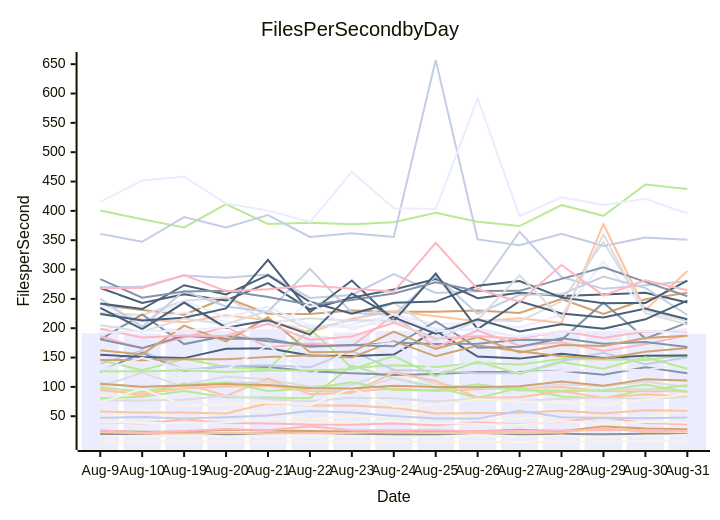
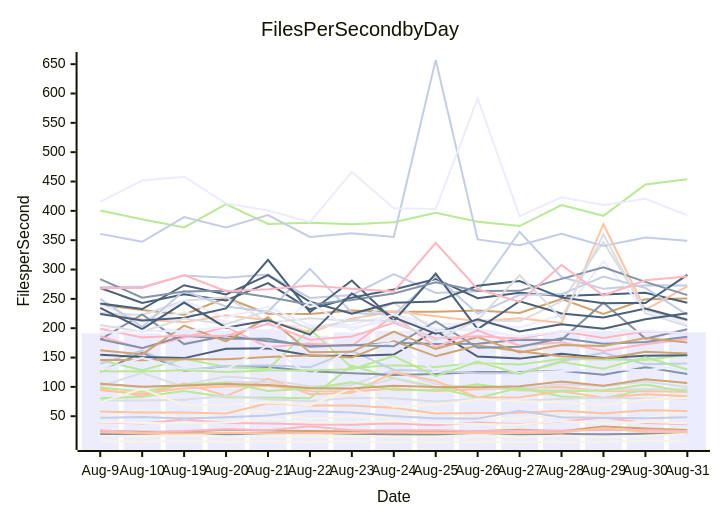
One commit to streetsidesoftware/cspell changed the diagram in perf-report.md. Above: the diagram before and after it, drawn with Mermaid. The commit also changed other lines of this file and 2 other files, not shown here.

````diff
--- a/perf-report.md
+++ b/perf-report.md
@@ -11,57 +11,57 @@
 ```mermaid
 xychart-beta
     title Files Per Second by Day
     y-axis Files per Second
     x-axis Date [Aug-9, Aug-10, Aug-19, Aug-20, Aug-21, Aug-22, Aug-23, Aug-24, Aug-25, Aug-26, Aug-27, Aug-28, Aug-29, Aug-30, Aug-31]
-    bar [191.27, 191.48, 199.45, 195.67, 198.22, 187.40, 192.61, 195.61, 200.69, 190.24, 185.15, 191.23, 195.37, 191.39, 190.69]
-    line [19.76, 19.87, 23.15, 18.80, 21.30, 21.70, 20.11, 19.24, 18.97, 21.74, 19.44, 19.50, 19.20, 19.98, 19.30]
-    line [94.45, 88.13, 97.66, 100.71, 101.93, 92.80, 92.11, 97.07, 92.83, 96.14, 97.78, 99.79, 92.99, 92.61, 92.48]
-    line [106.66, 99.38, 103.80, 117.71, 112.47, 100.50, 103.30, 128.71, 104.89, 98.28, 96.78, 104.60, 101.13, 109.23, 99.68]
-    line [80.61, 83.15, 92.81, 82.44, 81.86, 80.75, 136.22, 114.72, 99.92, 81.00, 98.60, 83.62, 80.81, 95.31, 102.62]
-    line [239.79, 231.09, 223.10, 252.00, 224.60, 224.17, 230.06, 227.93, 228.22, 229.99, 225.97, 249.68, 224.12, 249.45, 260.62]
-    line [269.81, 270.47, 289.77, 286.14, 291.59, 251.52, 256.69, 292.19, 260.02, 262.94, 364.38, 287.21, 267.07, 273.26, 279.93]
-    line [39.52, 37.52, 44.46, 38.46, 37.42, 35.96, 35.65, 37.61, 34.82, 39.47, 36.12, 40.86, 48.01, 38.35, 36.42]
-    line [268.54, 243.09, 257.77, 247.18, 276.72, 232.23, 252.08, 266.01, 283.94, 251.01, 260.27, 254.92, 257.60, 260.42, 243.78]
-    line [6.78, 6.60, 7.51, 6.38, 6.72, 6.55, 6.77, 6.55, 6.58, 6.64, 6.06, 6.53, 6.57, 8.03, 6.68]
-    line [240.17, 211.99, 227.00, 211.38, 205.51, 203.10, 206.43, 223.33, 206.89, 208.72, 201.20, 222.72, 313.85, 230.65, 205.76]
-    line [125.68, 158.27, 127.25, 135.61, 133.76, 126.70, 123.28, 120.42, 121.90, 125.42, 125.26, 127.33, 120.64, 133.49, 123.29]
-    line [225.24, 214.74, 210.02, 221.88, 213.58, 192.56, 216.27, 228.68, 220.47, 211.98, 216.89, 208.83, 377.28, 231.14, 297.57]
-    line [225.91, 222.58, 246.74, 252.74, 209.47, 217.12, 212.13, 242.98, 195.81, 213.43, 211.78, 245.83, 346.89, 231.16, 211.70]
-    line [145.75, 128.32, 148.05, 133.76, 130.09, 198.58, 132.66, 136.89, 133.84, 140.74, 138.14, 147.54, 146.55, 146.02, 154.50]
-    line [24.65, 23.72, 23.68, 26.94, 25.51, 24.79, 23.76, 23.53, 22.75, 24.32, 26.78, 24.44, 32.43, 29.19, 27.73]
-    line [139.45, 161.93, 128.87, 135.71, 136.66, 133.36, 161.38, 128.87, 127.62, 123.35, 123.11, 143.71, 157.94, 138.50, 150.52]
-    line [25.95, 22.03, 24.86, 28.29, 26.21, 32.71, 26.20, 26.09, 26.00, 24.43, 25.37, 25.72, 26.51, 26.59, 24.69]
-    line [154.75, 150.93, 149.02, 164.86, 165.64, 153.35, 152.64, 155.02, 195.52, 151.70, 148.17, 156.31, 149.39, 153.11, 153.54]
-    line [15.80, 15.53, 17.25, 15.28, 15.49, 14.84, 15.46, 14.39, 15.01, 15.63, 14.69, 17.08, 14.10, 16.71, 17.78]
-    line [196.97, 211.99, 246.59, 218.10, 236.31, 204.94, 201.38, 212.81, 200.01, 195.34, 186.50, 194.59, 201.00, 192.78, 198.11]
-    line [180.75, 223.35, 172.94, 187.16, 177.68, 172.01, 170.49, 175.09, 173.22, 173.59, 180.48, 179.74, 243.56, 182.28, 209.58]
-    line [96.93, 84.41, 106.12, 84.61, 114.12, 87.31, 89.99, 124.55, 110.24, 81.92, 82.24, 92.49, 81.67, 87.59, 83.40]
-    line [77.16, 76.75, 77.91, 84.91, 78.76, 75.34, 81.46, 80.77, 74.97, 79.78, 75.90, 79.64, 81.40, 79.85, 82.65]
-    line [400.74, 385.62, 371.65, 411.46, 377.61, 379.88, 377.18, 380.64, 396.91, 381.52, 374.08, 409.79, 391.59, 445.01, 437.08]
-    line [145.79, 145.58, 147.10, 147.08, 151.07, 153.94, 150.27, 178.09, 152.08, 170.66, 160.71, 152.01, 148.28, 159.68, 166.44]
-    line [249.96, 202.34, 263.67, 236.99, 228.06, 301.20, 226.40, 222.40, 289.06, 224.56, 256.87, 257.70, 287.97, 268.68, 222.56]
-    line [186.27, 165.43, 184.07, 202.12, 167.51, 173.85, 169.85, 221.75, 167.75, 195.90, 170.00, 175.89, 161.05, 172.78, 188.02]
-    line [224.37, 213.27, 217.89, 233.79, 316.48, 227.32, 281.23, 212.31, 293.11, 198.49, 245.94, 225.24, 218.17, 233.60, 215.38]
-    line [47.00, 61.84, 45.89, 57.63, 58.67, 44.77, 49.92, 49.06, 57.90, 45.60, 46.71, 50.51, 48.37, 46.85, 64.58]
-    line [127.47, 149.55, 129.16, 129.10, 170.99, 119.13, 167.47, 175.06, 125.57, 143.51, 123.67, 127.21, 130.16, 128.18, 140.24]
-    line [181.18, 166.12, 186.93, 181.85, 181.88, 168.34, 171.35, 169.12, 211.70, 166.64, 168.34, 182.86, 173.63, 176.66, 168.09]
-    line [57.90, 56.15, 56.35, 54.76, 71.89, 68.47, 68.09, 64.39, 54.76, 55.64, 55.71, 59.28, 54.85, 60.20, 59.37]
-    line [101.07, 123.80, 99.87, 108.06, 107.98, 95.34, 94.96, 114.12, 97.84, 103.09, 93.25, 94.27, 95.28, 96.54, 92.80]
-    line [98.84, 91.76, 103.43, 107.49, 93.08, 97.11, 107.90, 94.53, 94.47, 104.38, 94.67, 92.38, 93.95, 104.17, 91.31]
-    line [162.48, 155.40, 204.32, 177.59, 218.64, 159.00, 159.79, 194.26, 164.45, 184.75, 158.60, 171.47, 169.60, 183.25, 187.19]
-    line [360.76, 347.31, 389.41, 371.89, 392.82, 355.53, 361.83, 355.43, 657.12, 351.25, 341.51, 360.76, 340.11, 354.77, 350.86]
-    line [198.91, 184.05, 187.41, 186.67, 207.48, 180.49, 185.92, 209.38, 182.67, 186.49, 182.43, 194.97, 183.27, 194.85, 192.89]
-    line [242.10, 232.62, 273.32, 257.69, 290.62, 245.10, 224.83, 243.49, 245.36, 272.30, 280.33, 252.18, 242.64, 242.97, 280.93]
-    line [73.60, 96.61, 68.89, 69.48, 73.38, 68.77, 97.84, 66.15, 69.59, 78.77, 75.57, 73.80, 69.15, 78.35, 87.85]
-    line [415.14, 451.69, 458.22, 412.53, 400.53, 380.98, 466.37, 404.40, 403.18, 591.49, 390.96, 423.25, 409.89, 420.57, 395.56]
-    line [283.77, 252.09, 262.36, 263.68, 253.37, 240.18, 248.22, 259.20, 278.18, 263.50, 263.68, 284.05, 303.63, 278.91, 254.52]
-    line [22.84, 20.59, 20.47, 21.22, 20.90, 21.42, 21.40, 22.88, 21.36, 21.22, 21.19, 22.04, 29.75, 23.02, 24.12]
-    line [205.56, 193.98, 216.67, 206.61, 230.20, 198.53, 213.69, 212.64, 179.07, 214.07, 290.22, 216.81, 359.94, 225.73, 206.08]
-    line [126.64, 126.17, 128.45, 125.27, 127.94, 127.77, 130.20, 152.67, 118.34, 143.02, 122.15, 142.33, 130.77, 150.54, 131.00]
-    line [105.46, 100.11, 102.43, 104.89, 103.21, 98.21, 97.36, 101.78, 100.00, 99.58, 101.28, 109.08, 102.06, 113.06, 111.01]
-    line [47.26, 48.66, 46.00, 48.26, 51.42, 58.83, 56.30, 50.38, 45.97, 45.91, 59.43, 48.16, 47.53, 46.75, 47.69]
-    line [268.09, 268.70, 290.78, 262.94, 266.60, 272.93, 267.45, 262.37, 345.57, 266.69, 244.68, 307.76, 255.74, 281.64, 264.71]
-    line [234.76, 198.61, 243.75, 200.90, 213.71, 188.91, 259.37, 218.53, 190.79, 215.33, 194.36, 206.72, 199.24, 215.14, 247.13]
-    line [39.98, 38.63, 38.64, 39.11, 45.24, 39.50, 39.66, 42.07, 38.23, 36.94, 35.58, 41.81, 37.53, 40.57, 38.80]
-    line [192.03, 195.48, 194.87, 202.54, 193.62, 244.63, 196.70, 223.56, 194.58, 199.46, 185.25, 194.89, 191.72, 195.81, 191.05]
+    bar [191.27, 191.48, 199.45, 195.67, 198.22, 187.40, 192.61, 195.61, 200.69, 190.24, 185.15, 191.23, 195.37, 191.39, 193.00]
+    line [19.76, 19.87, 23.15, 18.80, 21.30, 21.70, 20.11, 19.24, 18.97, 21.74, 19.44, 19.50, 19.20, 19.98, 20.35]
+    line [94.45, 88.13, 97.66, 100.71, 101.93, 92.80, 92.11, 97.07, 92.83, 96.14, 97.78, 99.79, 92.99, 92.61, 91.86]
+    line [106.66, 99.38, 103.80, 117.71, 112.47, 100.50, 103.30, 128.71, 104.89, 98.28, 96.78, 104.60, 101.13, 109.23, 99.73]
+    line [80.61, 83.15, 92.81, 82.44, 81.86, 80.75, 136.22, 114.72, 99.92, 81.00, 98.60, 83.62, 80.81, 95.31, 95.53]
+    line [239.79, 231.09, 223.10, 252.00, 224.60, 224.17, 230.06, 227.93, 228.22, 229.99, 225.97, 249.68, 224.12, 249.45, 250.62]
+    line [269.81, 270.47, 289.77, 286.14, 291.59, 251.52, 256.69, 292.19, 260.02, 262.94, 364.38, 287.21, 267.07, 273.26, 272.63]
+    line [39.52, 37.52, 44.46, 38.46, 37.42, 35.96, 35.65, 37.61, 34.82, 39.47, 36.12, 40.86, 48.01, 38.35, 36.34]
+    line [268.54, 243.09, 257.77, 247.18, 276.72, 232.23, 252.08, 266.01, 283.94, 251.01, 260.27, 254.92, 257.60, 260.42, 243.47]
+    line [6.78, 6.60, 7.51, 6.38, 6.72, 6.55, 6.77, 6.55, 6.58, 6.64, 6.06, 6.53, 6.57, 8.03, 6.52]
+    line [240.17, 211.99, 227.00, 211.38, 205.51, 203.10, 206.43, 223.33, 206.89, 208.72, 201.20, 222.72, 313.85, 230.65, 207.01]
+    line [125.68, 158.27, 127.25, 135.61, 133.76, 126.70, 123.28, 120.42, 121.90, 125.42, 125.26, 127.33, 120.64, 133.49, 122.01]
+    line [225.24, 214.74, 210.02, 221.88, 213.58, 192.56, 216.27, 228.68, 220.47, 211.98, 216.89, 208.83, 377.28, 231.14, 271.29]
+    line [225.91, 222.58, 246.74, 252.74, 209.47, 217.12, 212.13, 242.98, 195.81, 213.43, 211.78, 245.83, 346.89, 231.16, 212.83]
+    line [145.75, 128.32, 148.05, 133.76, 130.09, 198.58, 132.66, 136.89, 133.84, 140.74, 138.14, 147.54, 146.55, 146.02, 154.94]
+    line [24.65, 23.72, 23.68, 26.94, 25.51, 24.79, 23.76, 23.53, 22.75, 24.32, 26.78, 24.44, 32.43, 29.19, 26.35]
+    line [139.45, 161.93, 128.87, 135.71, 136.66, 133.36, 161.38, 128.87, 127.62, 123.35, 123.11, 143.71, 157.94, 138.50, 140.06]
+    line [25.95, 22.03, 24.86, 28.29, 26.21, 32.71, 26.20, 26.09, 26.00, 24.43, 25.37, 25.72, 26.51, 26.59, 24.79]
+    line [154.75, 150.93, 149.02, 164.86, 165.64, 153.35, 152.64, 155.02, 195.52, 151.70, 148.17, 156.31, 149.39, 153.11, 153.94]
+    line [15.80, 15.53, 17.25, 15.28, 15.49, 14.84, 15.46, 14.39, 15.01, 15.63, 14.69, 17.08, 14.10, 16.71, 20.24]
+    line [196.97, 211.99, 246.59, 218.10, 236.31, 204.94, 201.38, 212.81, 200.01, 195.34, 186.50, 194.59, 201.00, 192.78, 193.23]
+    line [180.75, 223.35, 172.94, 187.16, 177.68, 172.01, 170.49, 175.09, 173.22, 173.59, 180.48, 179.74, 243.56, 182.28, 198.12]
+    line [96.93, 84.41, 106.12, 84.61, 114.12, 87.31, 89.99, 124.55, 110.24, 81.92, 82.24, 92.49, 81.67, 87.59, 83.98]
+    line [77.16, 76.75, 77.91, 84.91, 78.76, 75.34, 81.46, 80.77, 74.97, 79.78, 75.90, 79.64, 81.40, 79.85, 79.89]
+    line [400.74, 385.62, 371.65, 411.46, 377.61, 379.88, 377.18, 380.64, 396.91, 381.52, 374.08, 409.79, 391.59, 445.01, 453.72]
+    line [145.79, 145.58, 147.10, 147.08, 151.07, 153.94, 150.27, 178.09, 152.08, 170.66, 160.71, 152.01, 148.28, 159.68, 156.83]
+    line [249.96, 202.34, 263.67, 236.99, 228.06, 301.20, 226.40, 222.40, 289.06, 224.56, 256.87, 257.70, 287.97, 268.68, 222.58]
+    line [186.27, 165.43, 184.07, 202.12, 167.51, 173.85, 169.85, 221.75, 167.75, 195.90, 170.00, 175.89, 161.05, 172.78, 181.80]
+    line [224.37, 213.27, 217.89, 233.79, 316.48, 227.32, 281.23, 212.31, 293.11, 198.49, 245.94, 225.24, 218.17, 233.60, 214.50]
+    line [47.00, 61.84, 45.89, 57.63, 58.67, 44.77, 49.92, 49.06, 57.90, 45.60, 46.71, 50.51, 48.37, 46.85, 59.90]
+    line [127.47, 149.55, 129.16, 129.10, 170.99, 119.13, 167.47, 175.06, 125.57, 143.51, 123.67, 127.21, 130.16, 128.18, 136.84]
+    line [181.18, 166.12, 186.93, 181.85, 181.88, 168.34, 171.35, 169.12, 211.70, 166.64, 168.34, 182.86, 173.63, 176.66, 185.43]
+    line [57.90, 56.15, 56.35, 54.76, 71.89, 68.47, 68.09, 64.39, 54.76, 55.64, 55.71, 59.28, 54.85, 60.20, 59.04]
+    line [101.07, 123.80, 99.87, 108.06, 107.98, 95.34, 94.96, 114.12, 97.84, 103.09, 93.25, 94.27, 95.28, 96.54, 94.13]
+    line [98.84, 91.76, 103.43, 107.49, 93.08, 97.11, 107.90, 94.53, 94.47, 104.38, 94.67, 92.38, 93.95, 104.17, 91.62]
+    line [162.48, 155.40, 204.32, 177.59, 218.64, 159.00, 159.79, 194.26, 164.45, 184.75, 158.60, 171.47, 169.60, 183.25, 175.44]
+    line [360.76, 347.31, 389.41, 371.89, 392.82, 355.53, 361.83, 355.43, 657.12, 351.25, 341.51, 360.76, 340.11, 354.77, 349.07]
+    line [198.91, 184.05, 187.41, 186.67, 207.48, 180.49, 185.92, 209.38, 182.67, 186.49, 182.43, 194.97, 183.27, 194.85, 191.03]
+    line [242.10, 232.62, 273.32, 257.69, 290.62, 245.10, 224.83, 243.49, 245.36, 272.30, 280.33, 252.18, 242.64, 242.97, 290.78]
+    line [73.60, 96.61, 68.89, 69.48, 73.38, 68.77, 97.84, 66.15, 69.59, 78.77, 75.57, 73.80, 69.15, 78.35, 81.24]
+    line [415.14, 451.69, 458.22, 412.53, 400.53, 380.98, 466.37, 404.40, 403.18, 591.49, 390.96, 423.25, 409.89, 420.57, 392.45]
+    line [283.77, 252.09, 262.36, 263.68, 253.37, 240.18, 248.22, 259.20, 278.18, 263.50, 263.68, 284.05, 303.63, 278.91, 256.34]
+    line [22.84, 20.59, 20.47, 21.22, 20.90, 21.42, 21.40, 22.88, 21.36, 21.22, 21.19, 22.04, 29.75, 23.02, 22.87]
+    line [205.56, 193.98, 216.67, 206.61, 230.20, 198.53, 213.69, 212.64, 179.07, 214.07, 290.22, 216.81, 359.94, 225.73, 203.55]
+    line [126.64, 126.17, 128.45, 125.27, 127.94, 127.77, 130.20, 152.67, 118.34, 143.02, 122.15, 142.33, 130.77, 150.54, 129.50]
+    line [105.46, 100.11, 102.43, 104.89, 103.21, 98.21, 97.36, 101.78, 100.00, 99.58, 101.28, 109.08, 102.06, 113.06, 106.63]
+    line [47.26, 48.66, 46.00, 48.26, 51.42, 58.83, 56.30, 50.38, 45.97, 45.91, 59.43, 48.16, 47.53, 46.75, 48.25]
+    line [268.09, 268.70, 290.78, 262.94, 266.60, 272.93, 267.45, 262.37, 345.57, 266.69, 244.68, 307.76, 255.74, 281.64, 288.18]
+    line [234.76, 198.61, 243.75, 200.90, 213.71, 188.91, 259.37, 218.53, 190.79, 215.33, 194.36, 206.72, 199.24, 215.14, 225.49]
+    line [39.98, 38.63, 38.64, 39.11, 45.24, 39.50, 39.66, 42.07, 38.23, 36.94, 35.58, 41.81, 37.53, 40.57, 37.73]
+    line [192.03, 195.48, 194.87, 202.54, 193.62, 244.63, 196.70, 223.56, 194.58, 199.46, 185.25, 194.89, 191.72, 195.81, 191.06]
 ```
````
